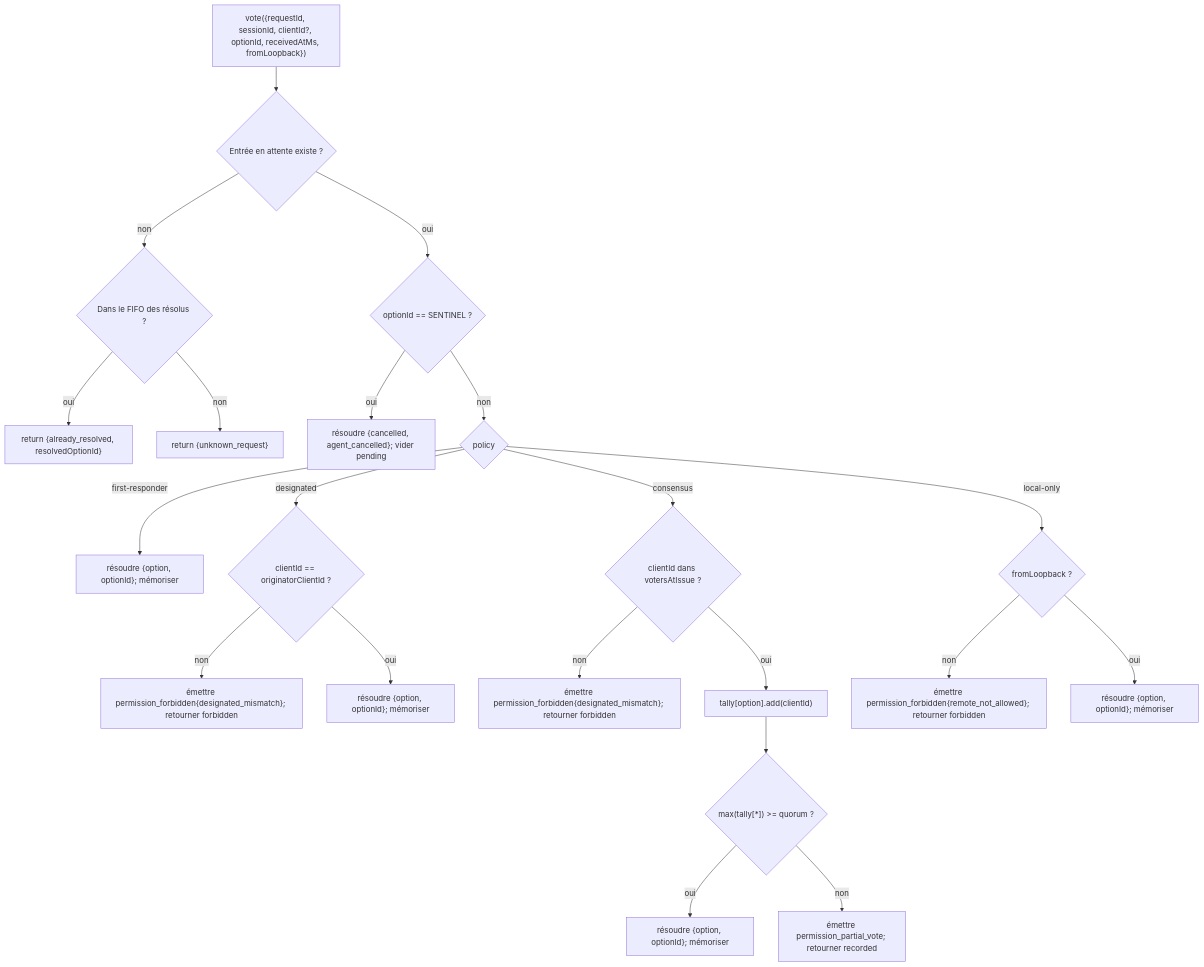
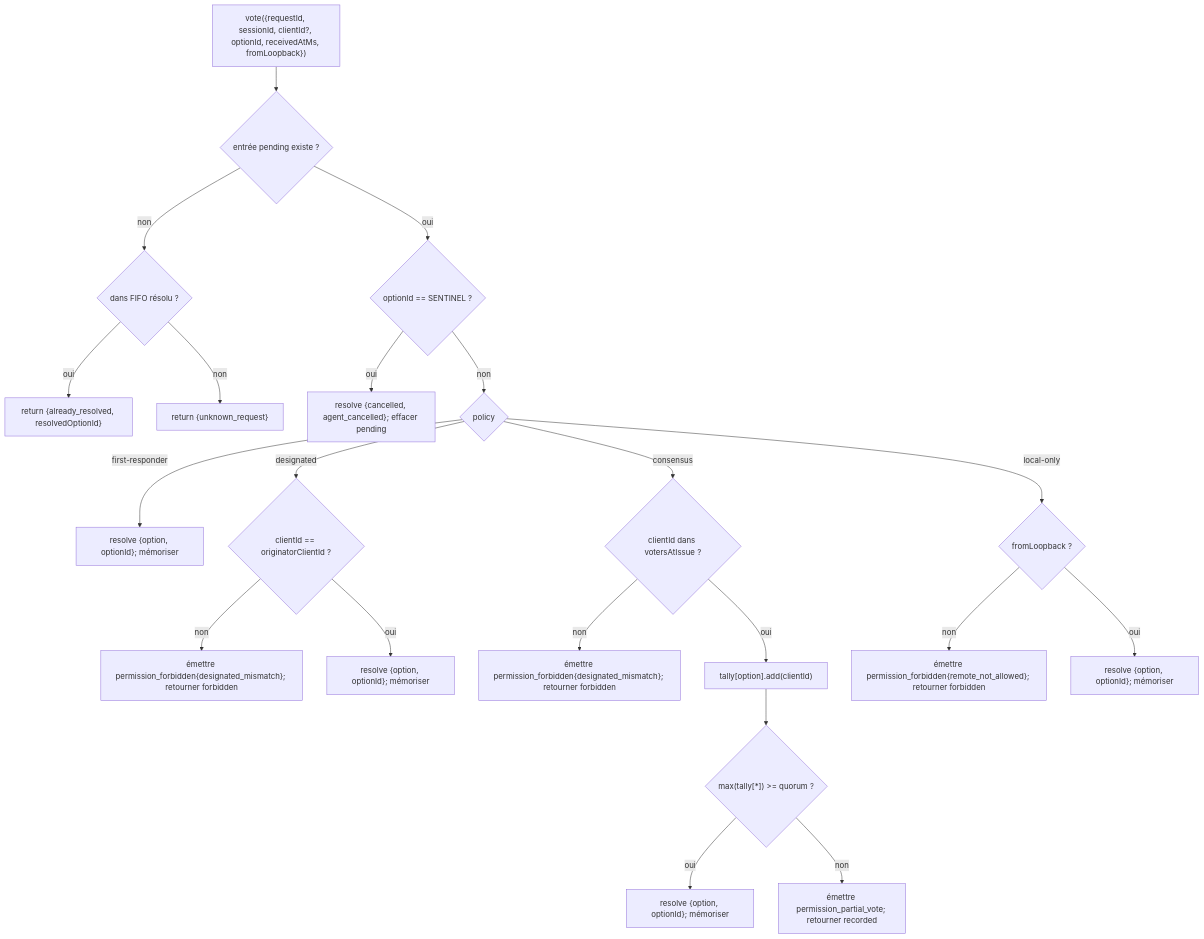
Before and after one commit to QwenLM/qwen-code-docs: the second of 2 diagrams in website/content/fr/developers/daemon/04-permission-mediation.md, drawn with Mermaid. The commit also changed other lines of this file and 1077 other files, not shown here.

````diff
--- a/website/content/fr/developers/daemon/04-permission-mediation.md
+++ b/website/content/fr/developers/daemon/04-permission-mediation.md
@@ -120,23 +121,23 @@
 ```mermaid
 flowchart TD
-    V["vote({requestId, sessionId, clientId?, optionId, receivedAtMs, fromLoopback})"] --> E{"Entrée en attente existe ?"}
-    E -->|non| RD{"Dans le FIFO des résolus ?"}
+    V["vote({requestId, sessionId, clientId?, optionId, receivedAtMs, fromLoopback})"] --> E{"entrée pending existe ?"}
+    E -->|non| RD{"dans FIFO résolu ?"}
     RD -->|oui| AR["return {already_resolved, resolvedOptionId}"]
     RD -->|non| UR["return {unknown_request}"]
     E -->|oui| SENT{"optionId == SENTINEL ?"}
-    SENT -->|oui| CX["résoudre {cancelled, agent_cancelled}; vider pending"]
+    SENT -->|oui| CX["resolve {cancelled, agent_cancelled}; effacer pending"]
     SENT -->|non| POL{"policy"}
-    POL -->|first-responder| FR["résoudre {option, optionId}; mémoriser"]
+    POL -->|first-responder| FR["resolve {option, optionId}; mémoriser"]
     POL -->|designated| DG{"clientId == originatorClientId ?"}
     DG -->|non| FOR["émettre permission_forbidden{designated_mismatch}; retourner forbidden"]
-    DG -->|oui| FRR["résoudre {option, optionId}; mémoriser"]
+    DG -->|oui| FRR["resolve {option, optionId}; mémoriser"]
     POL -->|consensus| CN{"clientId dans votersAtIssue ?"}
     CN -->|non| FORC["émettre permission_forbidden{designated_mismatch}; retourner forbidden"]
     CN -->|oui| TAL["tally[option].add(clientId)"]
     TAL --> Q{"max(tally[*]) >= quorum ?"}
-    Q -->|oui| RES["résoudre {option, optionId}; mémoriser"]
+    Q -->|oui| RES["resolve {option, optionId}; mémoriser"]
     Q -->|non| PV["émettre permission_partial_vote; retourner recorded"]
     POL -->|local-only| LO{"fromLoopback ?"}
     LO -->|non| FORL["émettre permission_forbidden{remote_not_allowed}; retourner forbidden"]
-    LO -->|oui| RESL["résoudre {option, optionId}; mémoriser"]
+    LO -->|oui| RESL["resolve {option, optionId}; mémoriser"]
 ```
````
